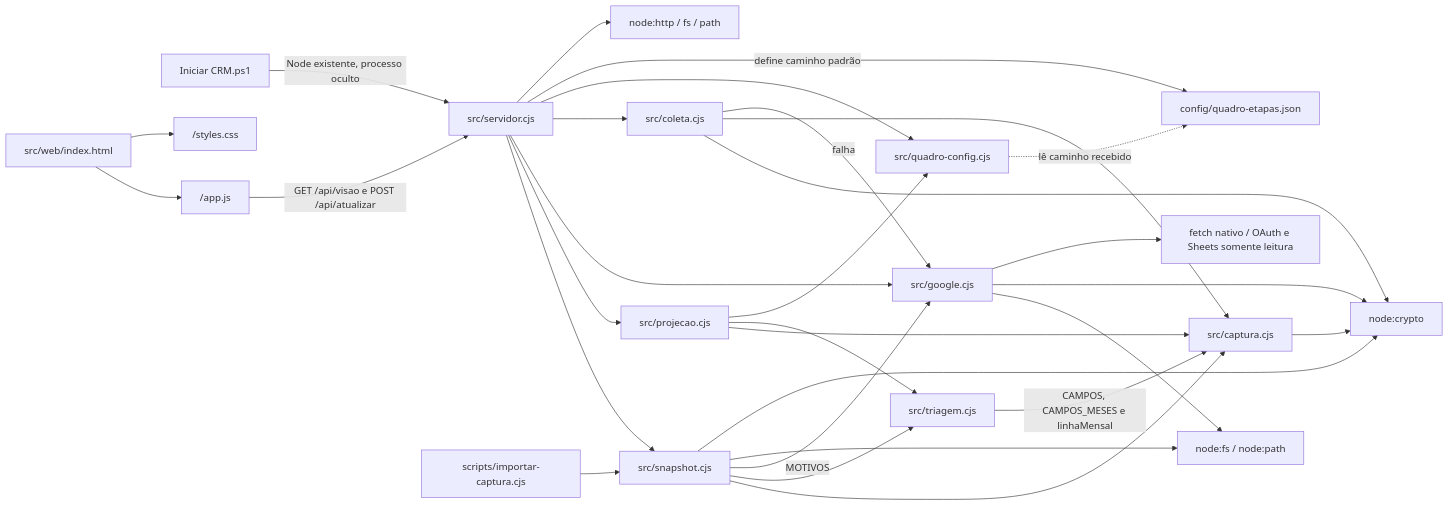
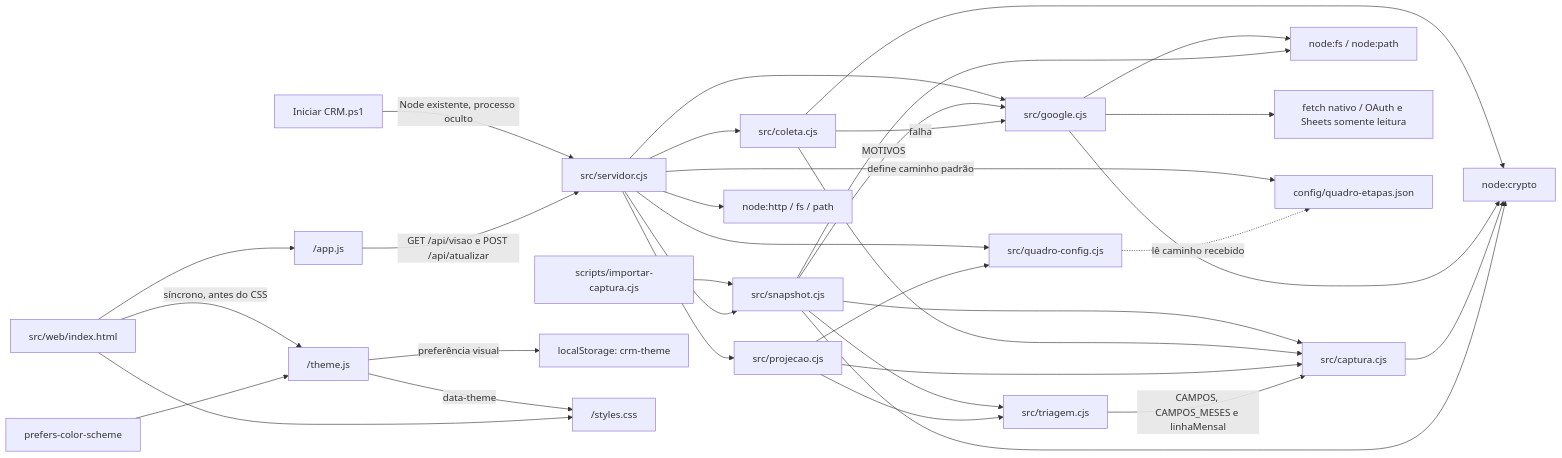
The first of 4 diagrams in docs/architecture.md (Browsher/crm-social), drawn with Mermaid before and after one commit. The commit also changed other lines of this file and 31 other files, not shown here.

Commit message:
feat(web): adicionar tema escuro com preferência local

````diff
--- a/docs/architecture.md
+++ b/docs/architecture.md
@@ -9,32 +9,36 @@
 ```mermaid
 flowchart LR
   Iniciador["Iniciar CRM.ps1"] -->|Node existente, processo oculto| Server
   CLI["scripts/importar-captura.cjs"] --> Snapshot["src/snapshot.cjs"]
   Snapshot --> Captura["src/captura.cjs"]
   Snapshot --> Triagem["src/triagem.cjs"]
   Server["src/servidor.cjs"] --> Snapshot
   Server --> Projecao["src/projecao.cjs"]
   Server --> Google["src/google.cjs"]
   Server --> Coleta["src/coleta.cjs"]
   Snapshot -->|MOTIVOS| Google
   Coleta --> Crypto
   Coleta --> Captura
   Coleta -->|falha| Google
   Google --> FS
   Google --> Crypto
   Google --> Fetch["fetch nativo / OAuth e Sheets somente leitura"]
   Server --> Quadro["src/quadro-config.cjs"]
   Projecao --> Captura
   Projecao --> Triagem
   Triagem -->|CAMPOS, CAMPOS_MESES e linhaMensal| Captura
   Projecao --> Quadro
   Server -->|define caminho padrão| Config["config/quadro-etapas.json"]
   Quadro -.->|lê caminho recebido| Config
   HTML["src/web/index.html"] --> JS["/app.js"]
+  HTML -->|síncrono, antes do CSS| Theme["/theme.js"]
+  Theme -->|preferência visual| Storage["localStorage: crm-theme"]
+  System["prefers-color-scheme"] --> Theme
+  Theme -->|data-theme| CSS
   HTML --> CSS["/styles.css"]
   JS -->|GET /api/visao e POST /api/atualizar| Server
   Snapshot --> FS["node:fs / node:path"]
   Captura --> Crypto["node:crypto"]
   Snapshot --> Crypto
   Server --> HTTP["node:http / fs / path"]
 ```
````
